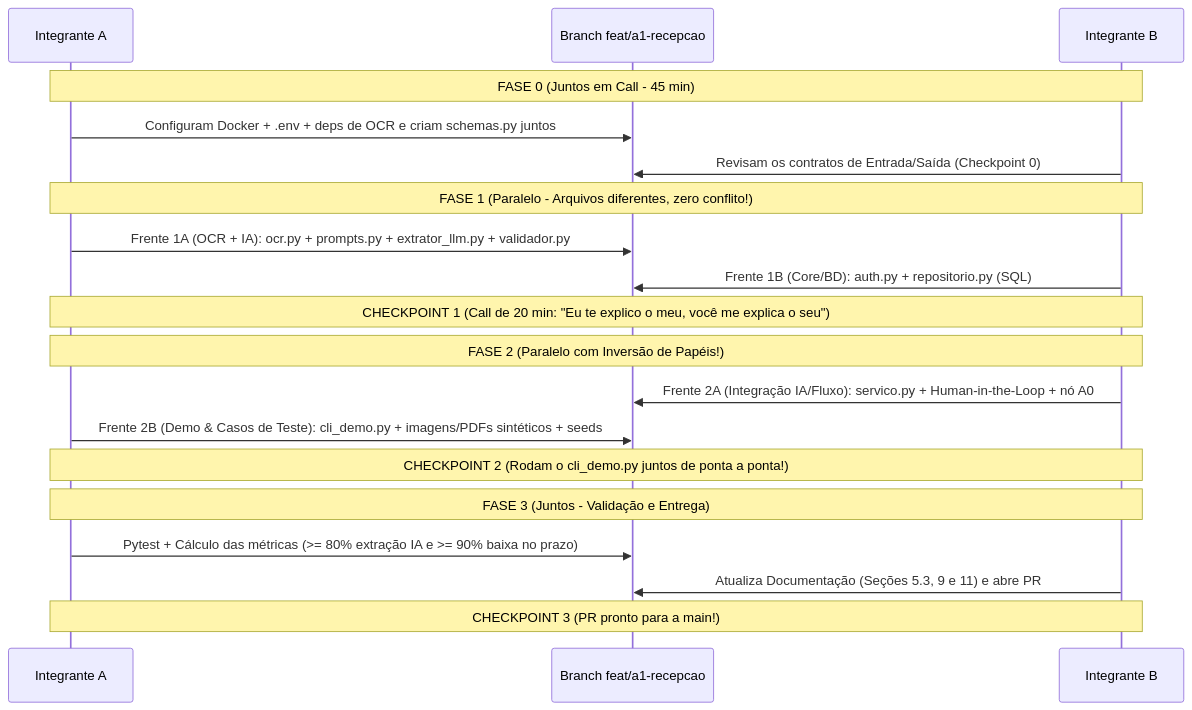
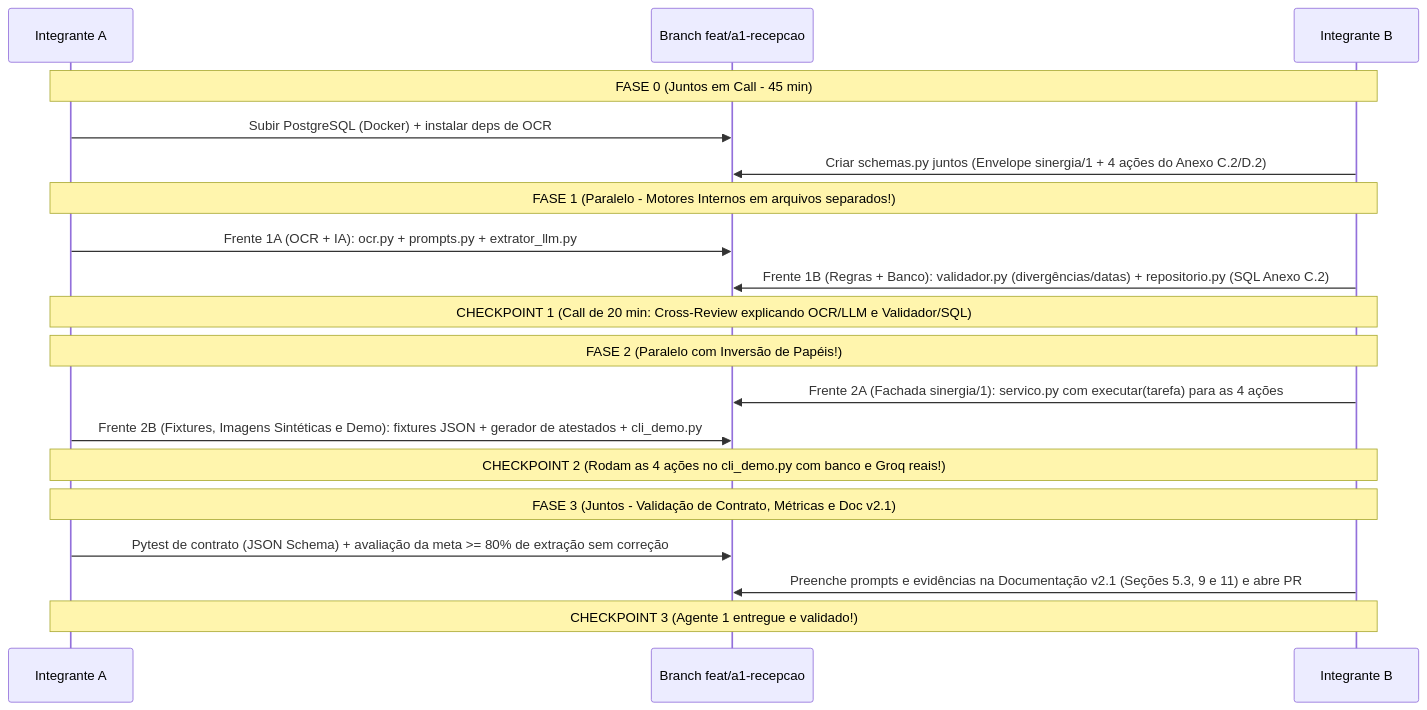
One commit to tiagotff/residencia-sinergia changed the second of 2 diagrams in docs/plano_desenvolvimento_a1.md. Above: the diagram before and after it, drawn with Mermaid. The commit also changed other lines of this file, not shown here.

Commit message:
docs(a1): atualiza plano de desenvolvimento do A1 para especificacao v2.1 e contrato sinergia/1

````diff
--- a/docs/plano_desenvolvimento_a1.md
+++ b/docs/plano_desenvolvimento_a1.md
@@ -121,25 +114,25 @@
 ```mermaid
 sequenceDiagram
-    participant I as Integrante A
+    participant A as Integrante A
     participant G as Branch feat/a1-recepcao
-    participant N as Integrante B
+    participant B as Integrante B
 
-    Note over I,N: FASE 0 (Juntos em Call - 45 min)
-    I->>G: Configuram Docker + .env + deps de OCR e criam schemas.py juntos
-    N->>G: Revisam os contratos de Entrada/Saída (Checkpoint 0)
+    Note over A,B: FASE 0 (Juntos em Call - 45 min)
+    A->>G: Subir PostgreSQL (Docker) + instalar deps de OCR
+    B->>G: Criar schemas.py juntos (Envelope sinergia/1 + 4 ações do Anexo C.2/D.2)
 
-    Note over I,N: FASE 1 (Paralelo - Arquivos diferentes, zero conflito!)
-    I->>G: Frente 1A (OCR + IA): ocr.py + prompts.py + extrator_llm.py + validador.py
-    N->>G: Frente 1B (Core/BD): auth.py + repositorio.py (SQL)
-    Note over I,N: CHECKPOINT 1 (Call de 20 min: "Eu te explico o meu, você me explica o seu")
+    Note over A,B: FASE 1 (Paralelo - Motores Internos em arquivos separados!)
+    A->>G: Frente 1A (OCR + IA): ocr.py + prompts.py + extrator_llm.py
+    B->>G: Frente 1B (Regras + Banco): validador.py (divergências/datas) + repositorio.py (SQL Anexo C.2)
+    Note over A,B: CHECKPOINT 1 (Call de 20 min: Cross-Review explicando OCR/LLM e Validador/SQL)
 
-    Note over I,N: FASE 2 (Paralelo com Inversão de Papéis!)
-    N->>G: Frente 2A (Integração IA/Fluxo): servico.py + Human-in-the-Loop + nó A0
-    I->>G: Frente 2B (Demo & Casos de Teste): cli_demo.py + imagens/PDFs sintéticos + seeds
-    Note over I,N: CHECKPOINT 2 (Rodam o cli_demo.py juntos de ponta a ponta!)
+    Note over A,B: FASE 2 (Paralelo com Inversão de Papéis!)
+    B->>G: Frente 2A (Fachada sinergia/1): servico.py com executar(tarefa) para as 4 ações
+    A->>G: Frente 2B (Fixtures, Imagens Sintéticas e Demo): fixtures JSON + gerador de atestados + cli_demo.py
+    Note over A,B: CHECKPOINT 2 (Rodam as 4 ações no cli_demo.py com banco e Groq reais!)
 
-    Note over I,N: FASE 3 (Juntos - Validação e Entrega)
-    I->>G: Pytest + Cálculo das métricas (>= 80% extração IA e >= 90% baixa no prazo)
-    N->>G: Atualiza Documentação (Seções 5.3, 9 e 11) e abre PR
-    Note over I,N: CHECKPOINT 3 (PR pronto para a main!)
+    Note over A,B: FASE 3 (Juntos - Validação de Contrato, Métricas e Doc v2.1)
+    A->>G: Pytest de contrato (JSON Schema) + avaliação da meta >= 80% de extração sem correção
+    B->>G: Preenche prompts e evidências na Documentação v2.1 (Seções 5.3, 9 e 11) e abre PR
+    Note over A,B: CHECKPOINT 3 (Agente 1 entregue e validado!)
 ```
````
